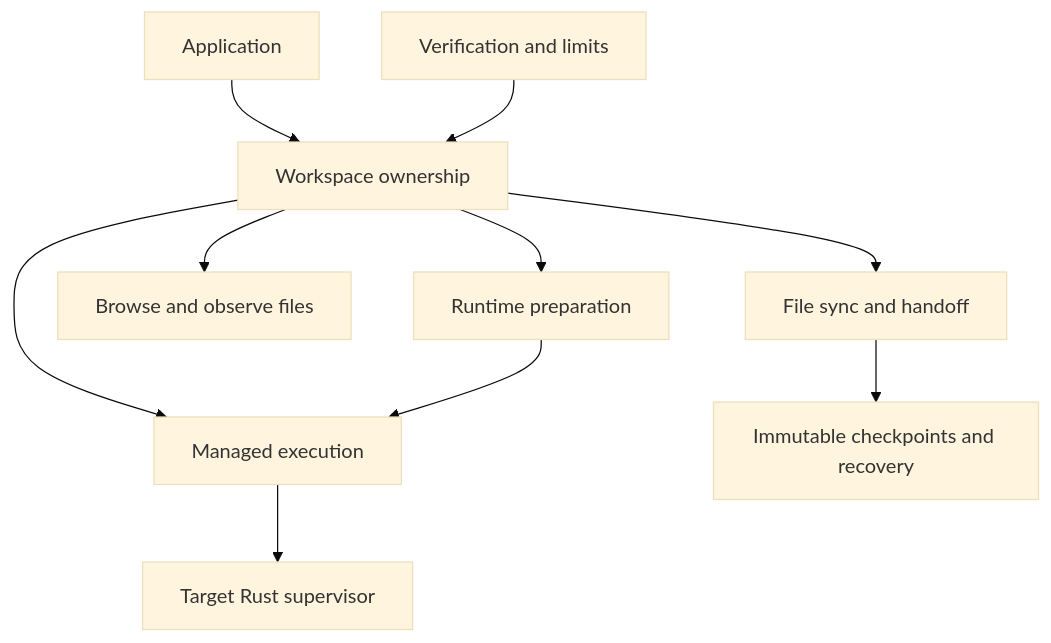
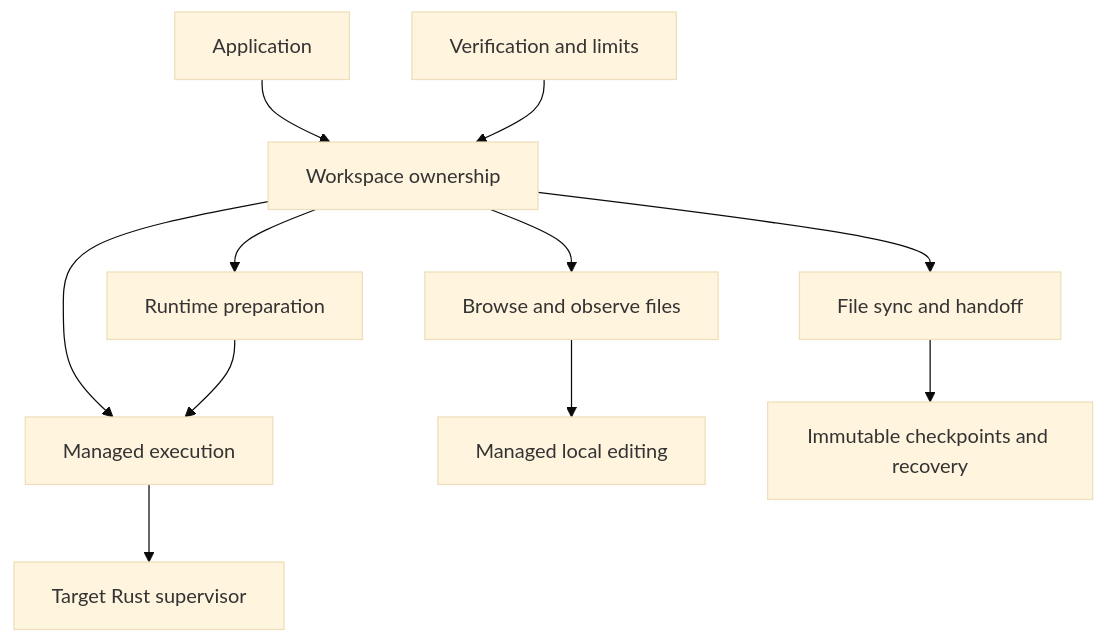
One commit to nessalabs/workspace-sdk changed the diagram in docs/state/README.md. Above: the diagram before and after it, drawn with Mermaid (base theme). The commit also changed other lines of this file and 20 other files, not shown here.

````diff
--- a/docs/state/README.md
+++ b/docs/state/README.md
@@ -24,12 +25,13 @@
 ```mermaid
 flowchart TD
     App[Application] --> Workspace[Workspace ownership]
     Workspace --> Execution[Managed execution]
     Workspace --> Sync[File sync and handoff]
     Workspace --> Files[Browse and observe files]
+    Files --> Editing[Managed local editing]
     Workspace --> Preparation[Runtime preparation]
     Preparation --> Execution
     Execution --> Supervisor[Target Rust supervisor]
     Sync --> Checkpoints[Immutable checkpoints and recovery]
     Evidence[Verification and limits] --> Workspace
 ```
````
